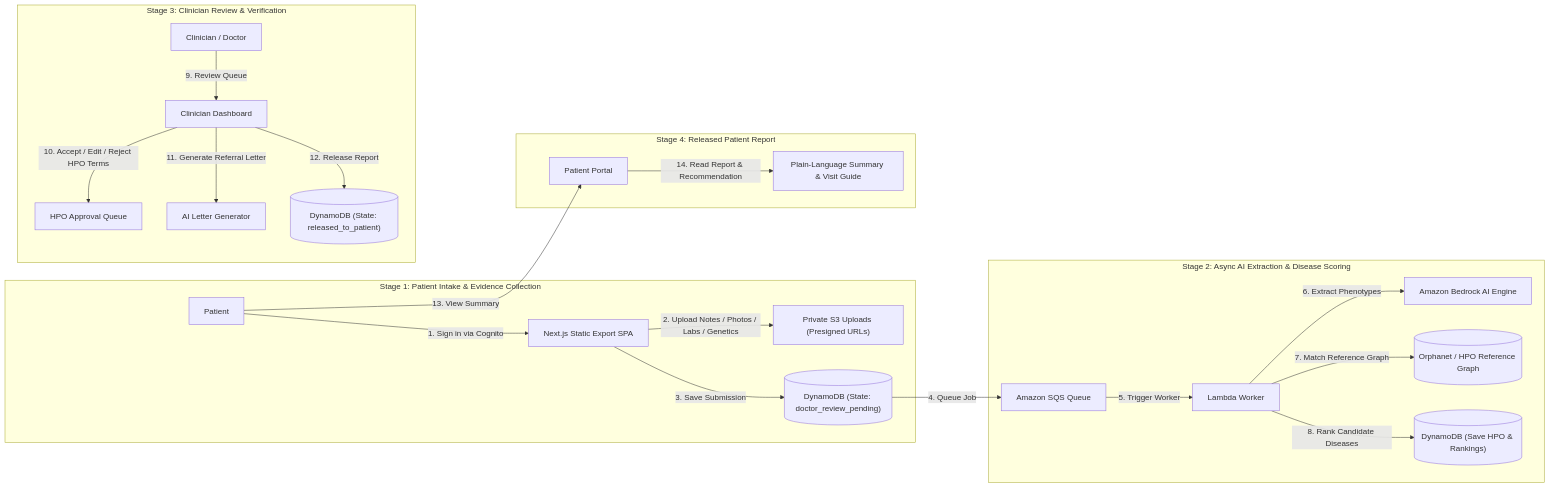
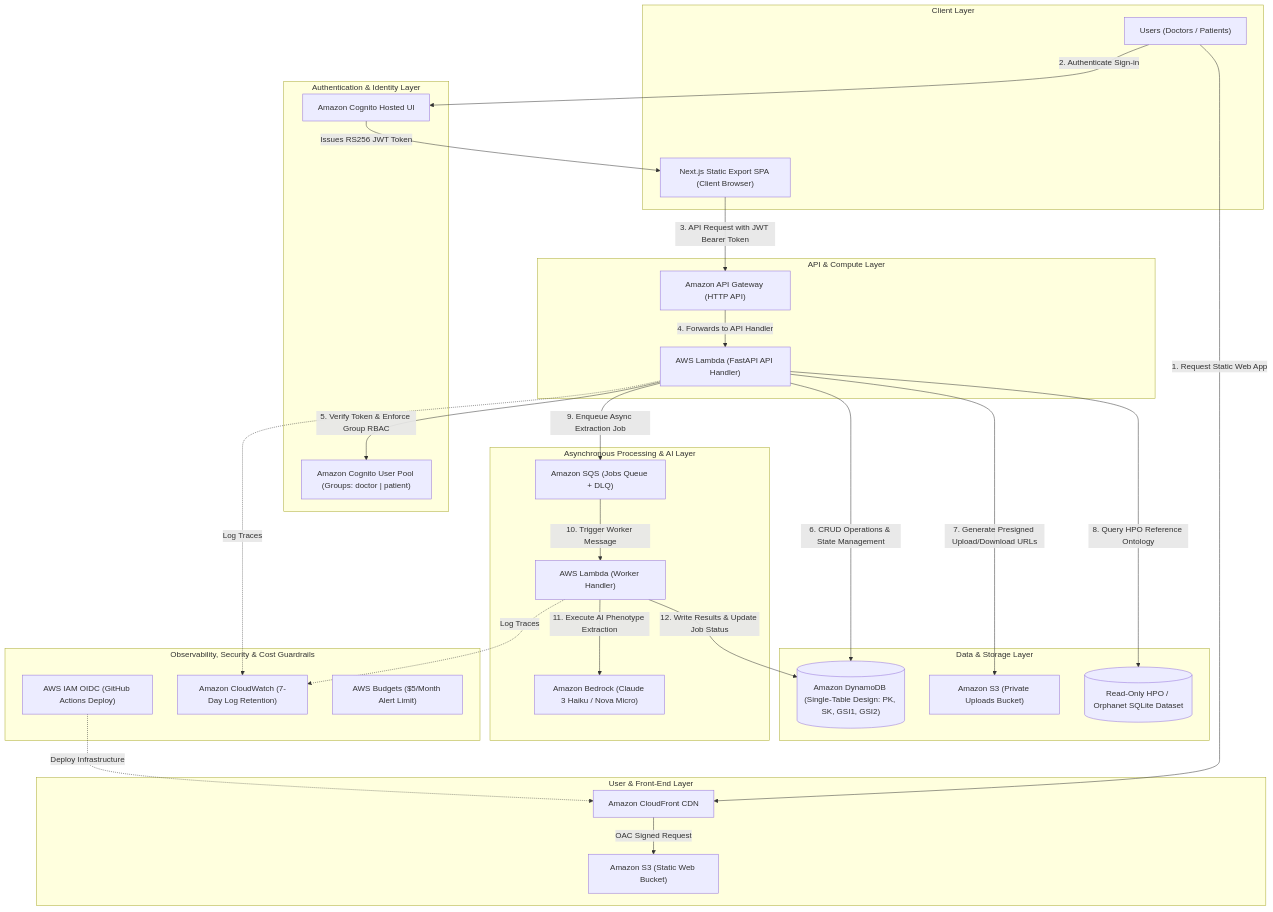
Before and after one commit to vees-1/lumina-aws: the diagram in docs/aws-architecture.md, drawn with Mermaid. The commit also changed other lines of this file, not shown here.

Commit message:
docs: restore official aws architecture diagram specification

````diff
--- a/docs/aws-architecture.md
+++ b/docs/aws-architecture.md
@@ -5,28 +5,63 @@
 ```mermaid
-flowchart LR
-    subgraph Stage1 ["Stage 1: Patient Intake & Evidence Collection"]
-        P["Patient"] -->|1. Sign in via Cognito| WebSPA["Next.js Static Export SPA"]
-        WebSPA -->|2. Upload Notes / Photos / Labs / Genetics| S3Private["Private S3 Uploads (Presigned URLs)"]
-        WebSPA -->|3. Save Submission| DDB1[("DynamoDB (State: doctor_review_pending)")]
+graph TB
+    subgraph Client ["Client Layer"]
+        Users["Users (Doctors / Patients)"]
+        Browser["Next.js Static Export SPA (Client Browser)"]
     end
 
-    subgraph Stage2 ["Stage 2: Async AI Extraction & Disease Scoring"]
-        DDB1 -->|4. Queue Job| SQS["Amazon SQS Queue"]
-        SQS -->|5. Trigger Worker| Worker["Lambda Worker"]
-        Worker -->|6. Extract Phenotypes| Bedrock["Amazon Bedrock AI Engine"]
-        Worker -->|7. Match Reference Graph| ReferenceDB[("Orphanet / HPO Reference Graph")]
-        Worker -->|8. Rank Candidate Diseases| DDB2[("DynamoDB (Save HPO & Rankings)")]
+    subgraph FrontEnd ["User & Front-End Layer"]
+        CloudFront["Amazon CloudFront CDN"]
+        S3Web["Amazon S3 (Static Web Bucket)"]
     end
 
-    subgraph Stage3 ["Stage 3: Clinician Review & Verification"]
-        Doc["Clinician / Doctor"] -->|9. Review Queue| DocDash["Clinician Dashboard"]
-        DocDash -->|10. Accept / Edit / Reject HPO Terms| HPOQueue["HPO Approval Queue"]
-        DocDash -->|11. Generate Referral Letter| AIProvider["AI Letter Generator"]
-        DocDash -->|12. Release Report| DDB3[("DynamoDB (State: released_to_patient)")]
+    subgraph Identity ["Authentication & Identity Layer"]
+        CognitoUI["Amazon Cognito Hosted UI"]
+        CognitoPool["Amazon Cognito User Pool (Groups: doctor | patient)"]
     end
 
-    subgraph Stage4 ["Stage 4: Released Patient Report"]
-        P -->|13. View Summary| PatientDash["Patient Portal"]
-        PatientDash -->|14. Read Report & Recommendation| Report["Plain-Language Summary & Visit Guide"]
+    subgraph Compute ["API & Compute Layer"]
+        APIGateway["Amazon API Gateway (HTTP API)"]
+        LambdaAPI["AWS Lambda (FastAPI API Handler)"]
     end
+
+    subgraph Storage ["Data & Storage Layer"]
+        DynamoDB[("Amazon DynamoDB (Single-Table Design: PK, SK, GSI1, GSI2)")]
+        S3Uploads["Amazon S3 (Private Uploads Bucket)"]
+        RefSQLite[("Read-Only HPO / Orphanet SQLite Dataset")]
+    end
+
+    subgraph AsyncAI ["Asynchronous Processing & AI Layer"]
+        SQS["Amazon SQS (Jobs Queue + DLQ)"]
+        LambdaWorker["AWS Lambda (Worker Handler)"]
+        Bedrock["Amazon Bedrock (Claude 3 Haiku / Nova Micro)"]
+    end
+
+    subgraph Observability ["Observability, Security & Cost Guardrails"]
+        OIDC["AWS IAM OIDC (GitHub Actions Deploy)"]
+        CloudWatch["Amazon CloudWatch (7-Day Log Retention)"]
+        Budgets["AWS Budgets ($5/Month Alert Limit)"]
+    end
+
+    %% Data Flow Sequence
+    Users -->|1. Request Static Web App| CloudFront
+    CloudFront -->|OAC Signed Request| S3Web
+    Users -->|2. Authenticate Sign-in| CognitoUI
+    CognitoUI -->|Issues RS256 JWT Token| Browser
+
+    Browser -->|3. API Request with JWT Bearer Token| APIGateway
+    APIGateway -->|4. Forwards to API Handler| LambdaAPI
+    LambdaAPI -->|5. Verify Token & Enforce Group RBAC| CognitoPool
+
+    LambdaAPI -->|6. CRUD Operations & State Management| DynamoDB
+    LambdaAPI -->|7. Generate Presigned Upload/Download URLs| S3Uploads
+    LambdaAPI -->|8. Query HPO Reference Ontology| RefSQLite
+
+    LambdaAPI -->|9. Enqueue Async Extraction Job| SQS
+    SQS -->|10. Trigger Worker Message| LambdaWorker
+    LambdaWorker -->|11. Execute AI Phenotype Extraction| Bedrock
+    LambdaWorker -->|12. Write Results & Update Job Status| DynamoDB
+
+    LambdaAPI -.->|Log Traces| CloudWatch
+    LambdaWorker -.->|Log Traces| CloudWatch
+    OIDC -.->|Deploy Infrastructure| CloudFront
 ```
````
